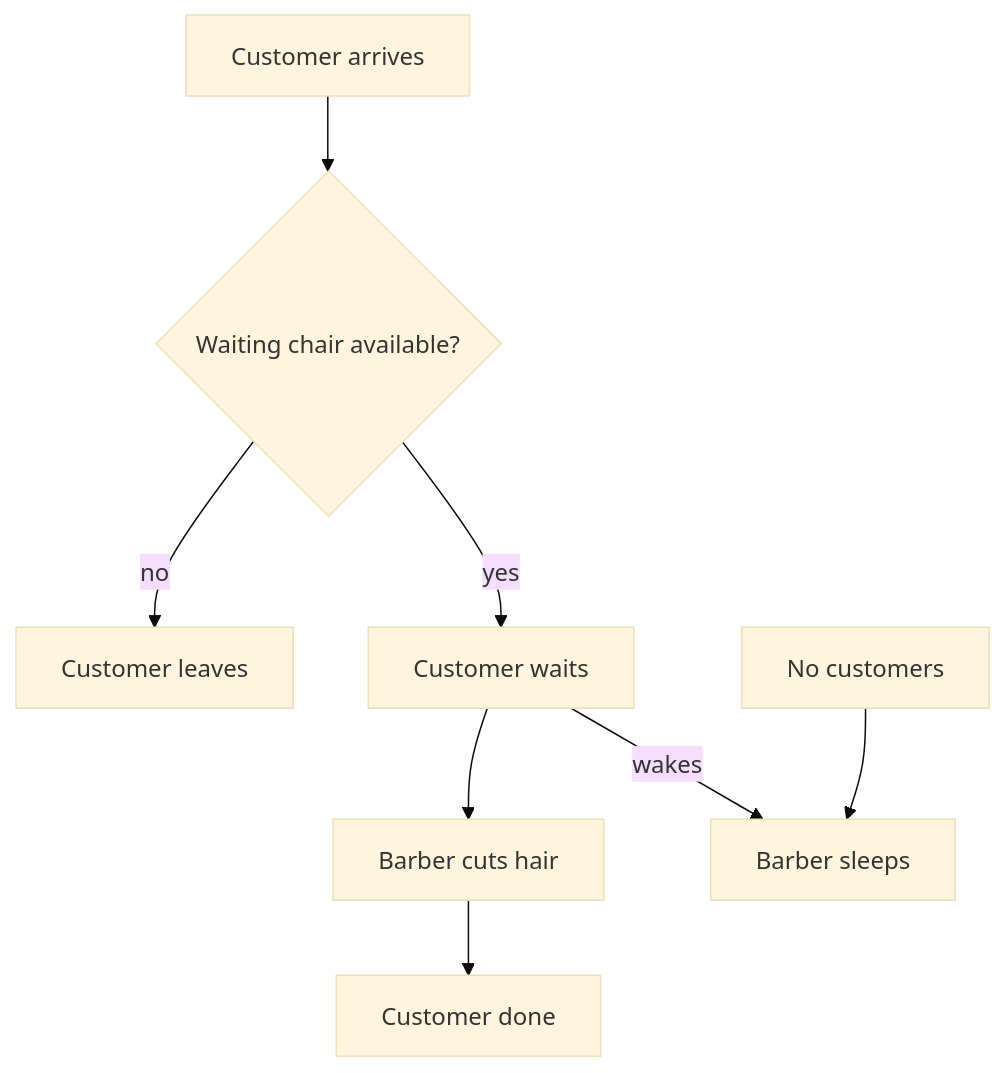
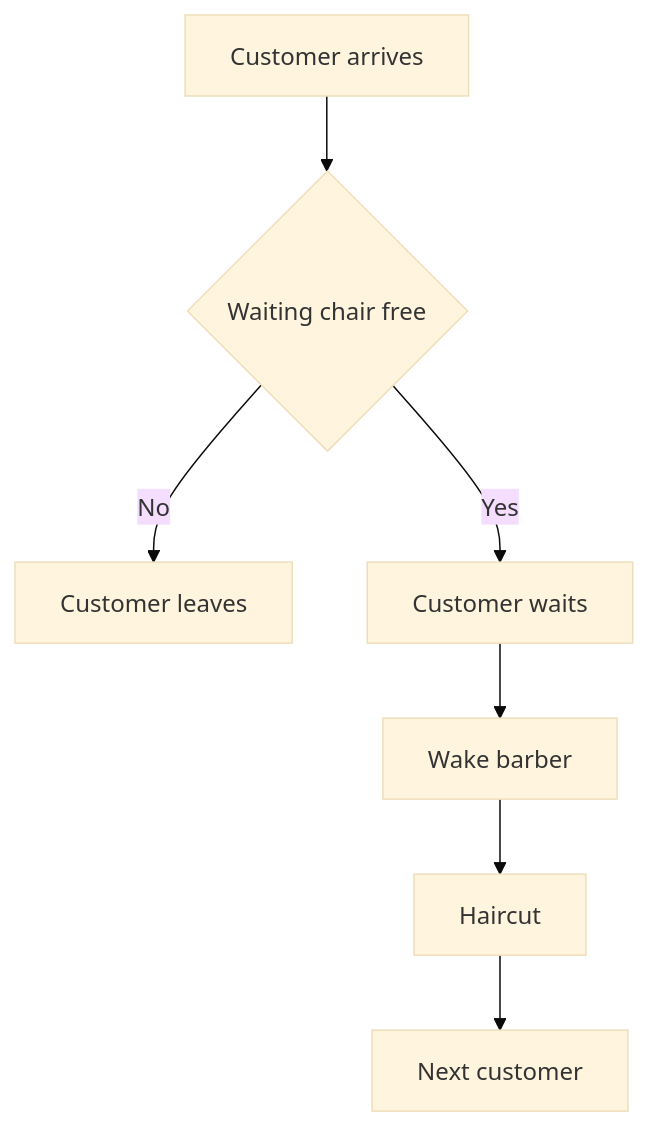
One commit to mthaiseer/springcloud-systemdesign-notes changed the ninth of 29 diagrams in HLD_NOTES/003_TECHNOLOGY_DEEP_DIVE/core-java/java_concurrency_visual_reference.md. Above: the diagram before and after it, drawn with Mermaid (base theme). The commit also changed other lines of this file, not shown here.

````diff
--- a/HLD_NOTES/003_TECHNOLOGY_DEEP_DIVE/core-java/java_concurrency_visual_reference.md
+++ b/HLD_NOTES/003_TECHNOLOGY_DEEP_DIVE/core-java/java_concurrency_visual_reference.md
@@ -493,10 +505,9 @@
 ```mermaid
 flowchart TD
-    C[Customer arrives] --> A{Waiting chair available?}
-    A -- no --> L[Customer leaves]
-    A -- yes --> W[Customer waits]
-    W --> B[Barber cuts hair]
-    B --> D[Customer done]
-    S[No customers] --> Z[Barber sleeps]
-    W -->|wakes| Z
+    C[Customer arrives] --> A{Waiting chair free}
+    A -- No --> L[Customer leaves]
+    A -- Yes --> W[Customer waits]
+    W --> B[Wake barber]
+    B --> H[Haircut]
+    H --> N[Next customer]
 ```
````
